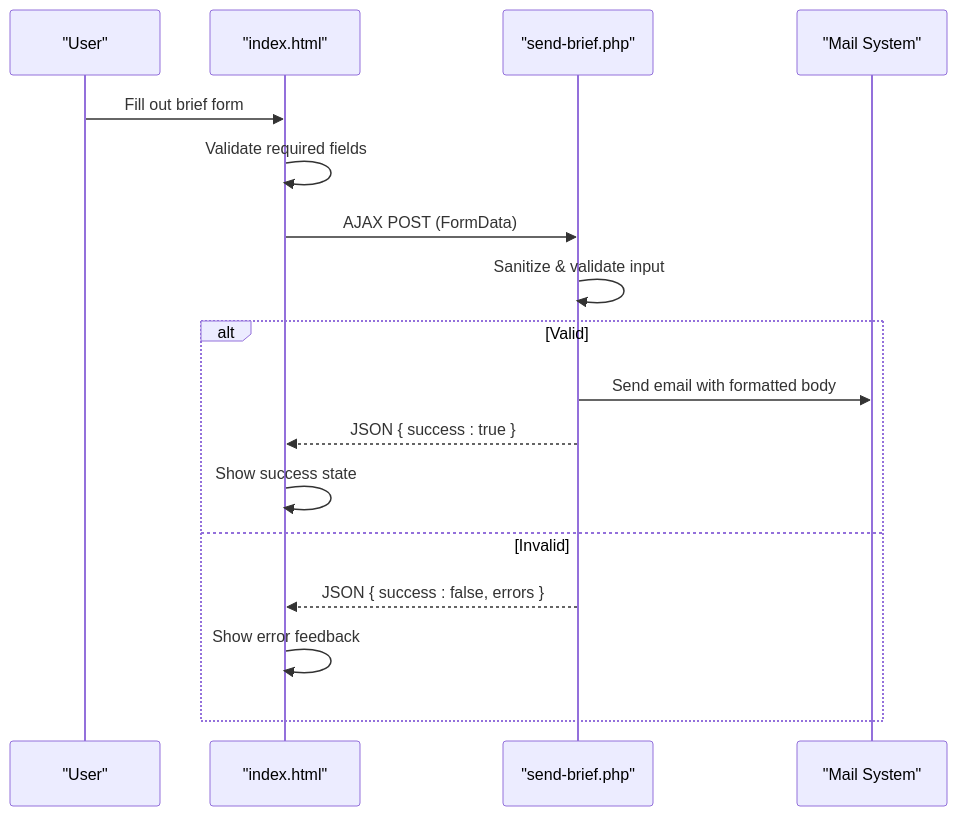
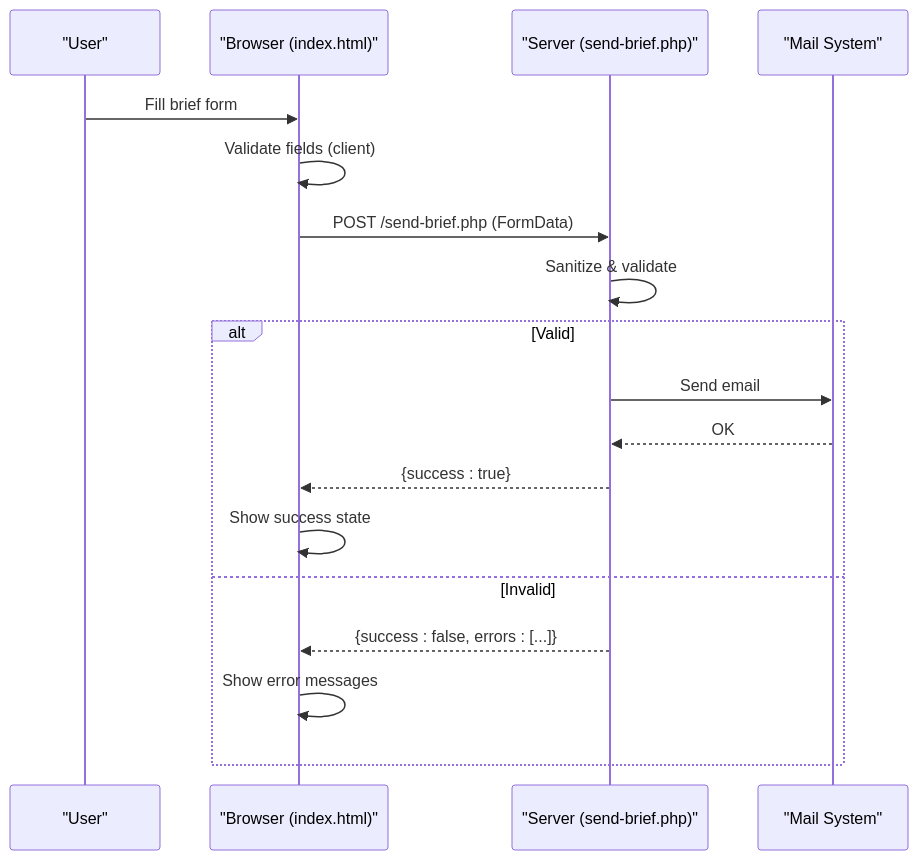
Before and after one commit to Vostrikov2014/emoo: the second of 3 diagrams in .qoder/repowiki/en/content/Customization Guide.md, drawn with Mermaid. The commit also changed other lines of this file and 49 other files, not shown here.

````diff
--- a/.qoder/repowiki/en/content/Customization Guide.md
+++ b/.qoder/repowiki/en/content/Customization Guide.md
@@ -75,19 +66,20 @@
 ```mermaid
 sequenceDiagram
 participant U as "User"
-participant H as "index.html"
-participant S as "send-brief.php"
+participant B as "Browser (index.html)"
+participant S as "Server (send-brief.php)"
 participant M as "Mail System"
-U->>H : Fill out brief form
-H->>H : Validate required fields
-H->>S : AJAX POST (FormData)
-S->>S : Sanitize & validate input
+U->>B : Fill brief form
+B->>B : Validate fields (client)
+B->>S : POST /send-brief.php (FormData)
+S->>S : Sanitize & validate
 alt Valid
-S->>M : Send email with formatted body
-S-->>H : JSON { success : true }
-H->>H : Show success state
+S->>M : Send email
+M-->>S : OK
+S-->>B : {success : true}
+B->>B : Show success state
 else Invalid
-S-->>H : JSON { success : false, errors }
-H->>H : Show error feedback
+S-->>B : {success : false, errors : [...]}
+B->>B : Show error messages
 end
 ```
````
